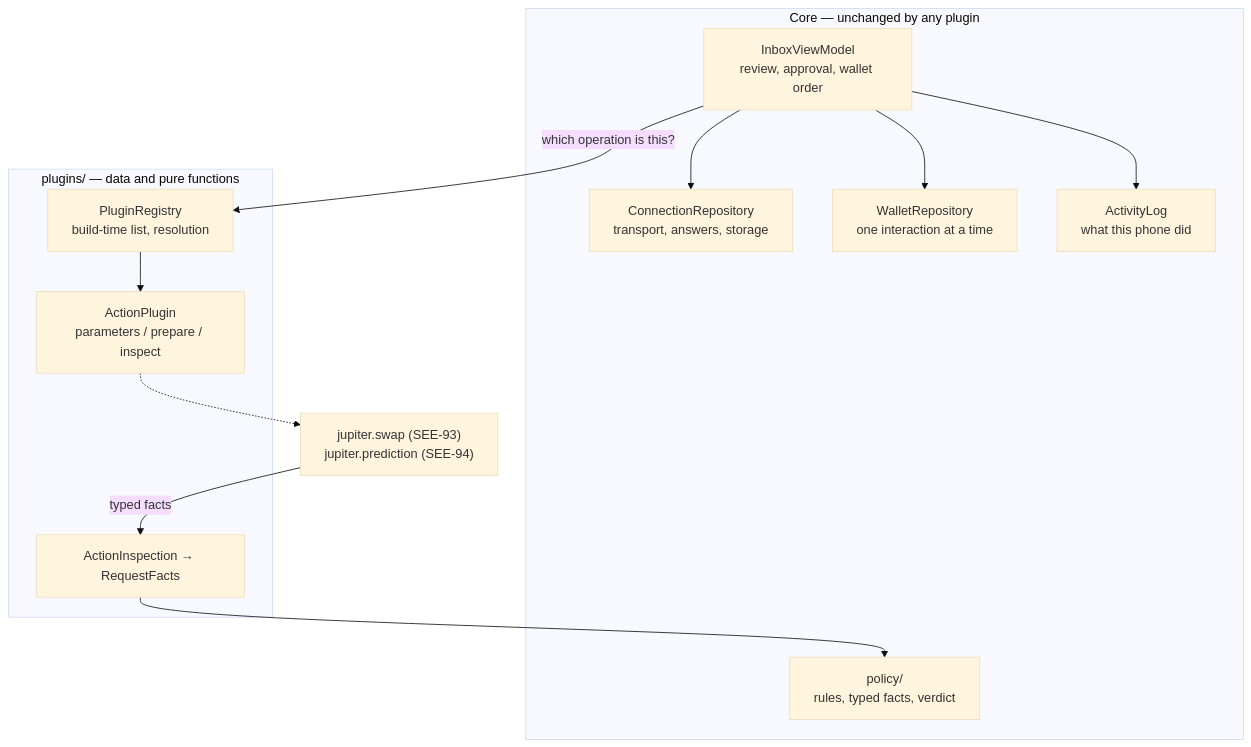
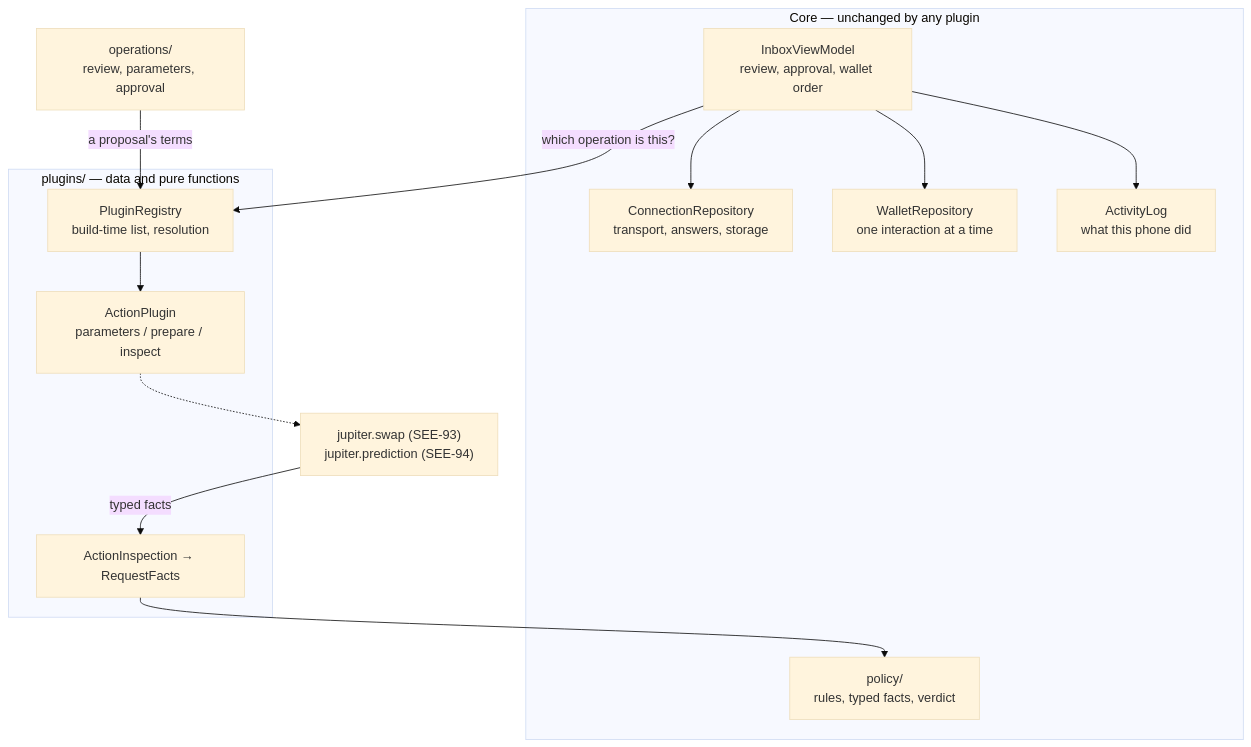
Before and after one commit to SeekerAgentConnect/sac: the diagram in docs/wiki/client-plugins.md, drawn with Mermaid (base theme). The commit also changed other lines of this file and 64 other files, not shown here.

````diff
--- a/docs/wiki/client-plugins.md
+++ b/docs/wiki/client-plugins.md
@@ -21,24 +23,26 @@
 ```mermaid
 flowchart TB
     subgraph core["Core — unchanged by any plugin"]
         Repo["ConnectionRepository<br>transport, answers, storage"]
         Inbox["InboxViewModel<br>review, approval, wallet order"]
         Policy["policy/<br>rules, typed facts, verdict"]
         Wallet["WalletRepository<br>one interaction at a time"]
         Log["ActivityLog<br>what this phone did"]
     end
     subgraph boundary["plugins/ — data and pure functions"]
         Registry["PluginRegistry<br>build-time list, resolution"]
         Contract["ActionPlugin<br>parameters / prepare / inspect"]
         Facts["ActionInspection → RequestFacts"]
     end
     Plugin["jupiter.swap (SEE-93)<br>jupiter.prediction (SEE-94)"]
+    Operations["operations/<br>review, parameters, approval"]
     Inbox -- "which operation is this?" --> Registry
+    Operations -- "a proposal's terms" --> Registry
     Registry --> Contract
     Contract -.-> Plugin
     Plugin -- "typed facts" --> Facts
     Facts --> Policy
     Inbox --> Wallet
     Inbox --> Log
     Inbox --> Repo
 ```
````
